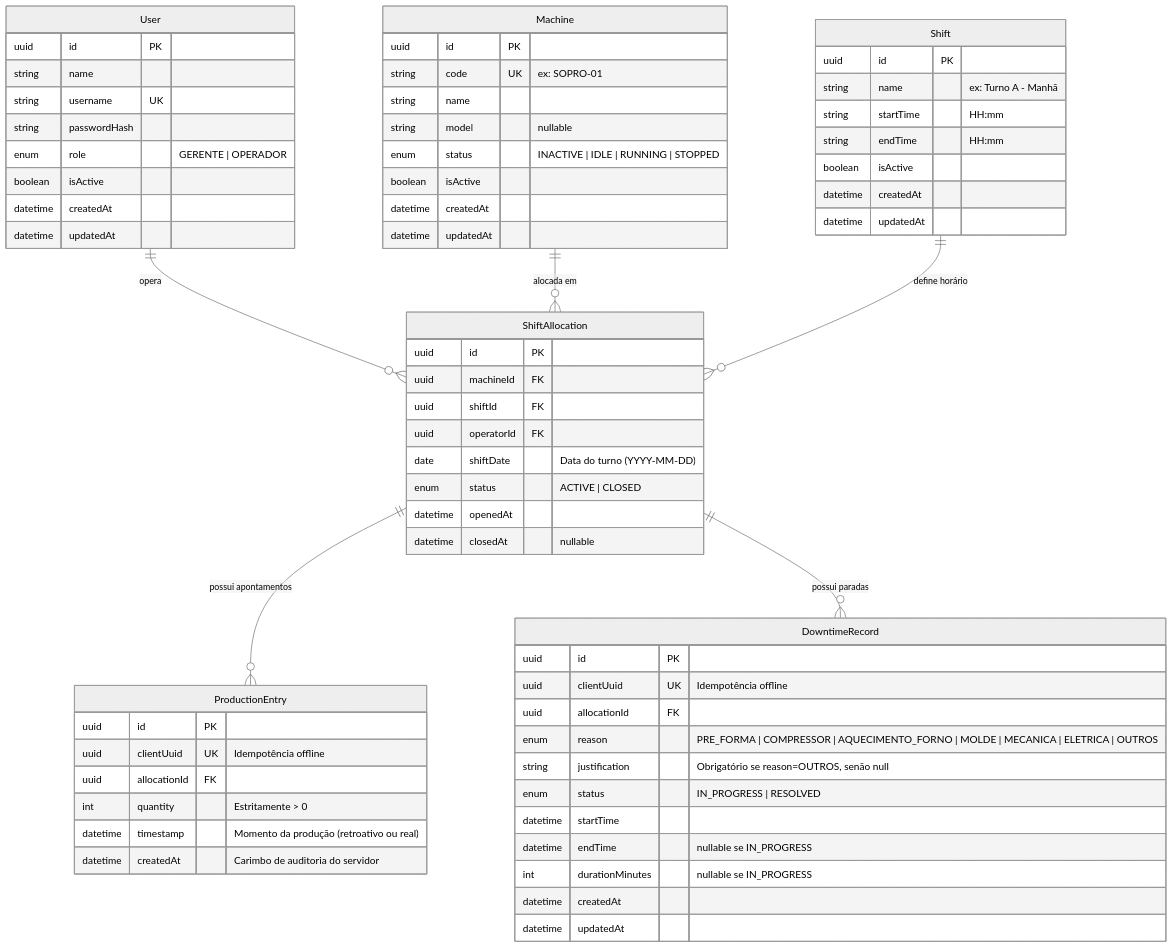
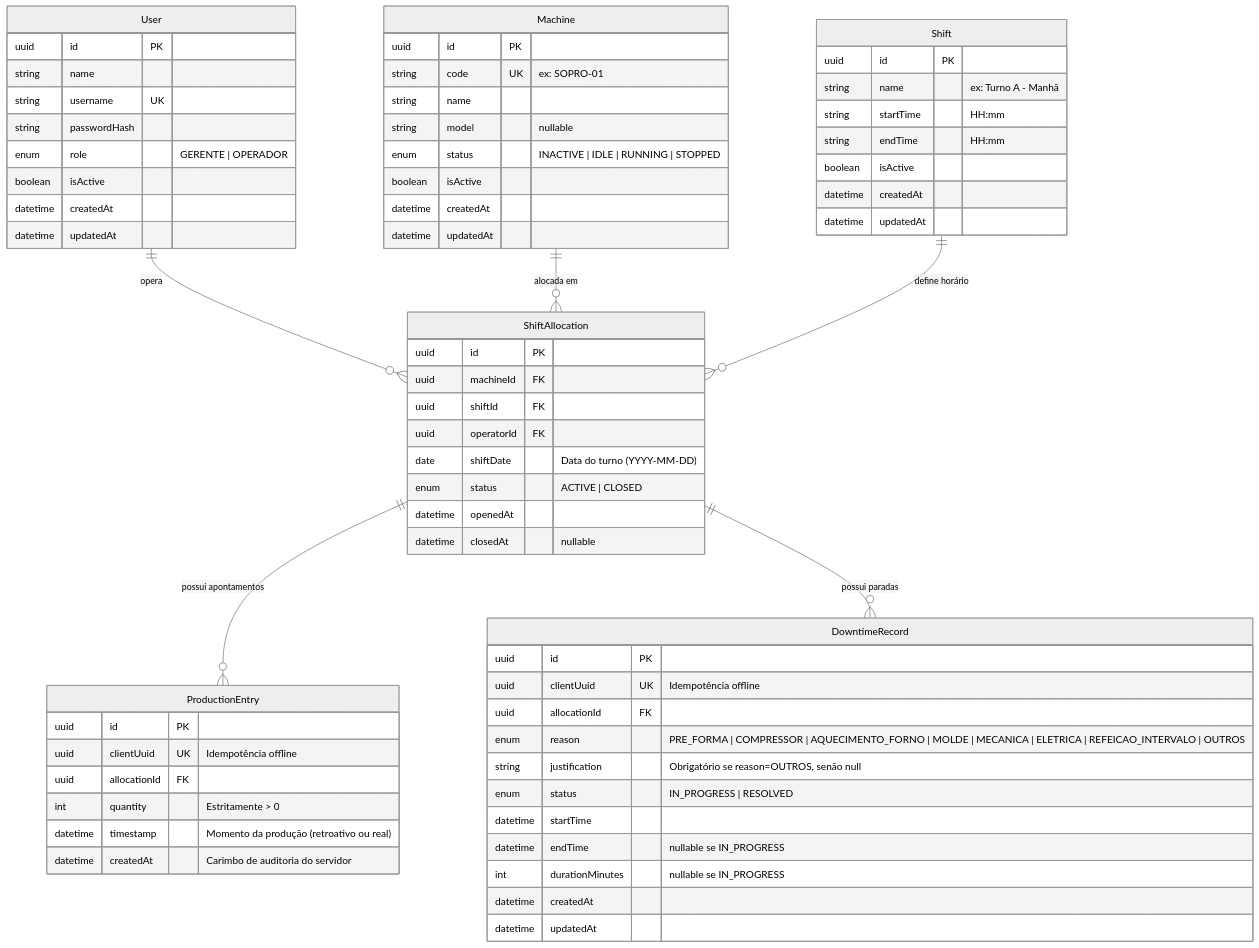
One commit to FerreitoDev/SGMS changed the diagram in docs/04-modelo-de-dados.md. Above: the diagram before and after it, drawn with Mermaid (neutral theme). The commit also changed other lines of this file and 8 other files, not shown here.

Commit message:
docs: update requirements, business rules, and implementation roadmaps for Phase 5 features

````diff
--- a/docs/04-modelo-de-dados.md
+++ b/docs/04-modelo-de-dados.md
@@ -8,74 +8,74 @@
 ```mermaid
 erDiagram
     User ||--o{ ShiftAllocation : "opera"
     Machine ||--o{ ShiftAllocation : "alocada em"
     Shift ||--o{ ShiftAllocation : "define horário"
     ShiftAllocation ||--o{ ProductionEntry : "possui apontamentos"
     ShiftAllocation ||--o{ DowntimeRecord : "possui paradas"
 
     User {
         uuid id PK
         string name
         string username UK
         string passwordHash
         enum role "GERENTE | OPERADOR"
         boolean isActive
         datetime createdAt
         datetime updatedAt
     }
 
     Machine {
         uuid id PK
         string code UK "ex: SOPRO-01"
         string name
         string model "nullable"
         enum status "INACTIVE | IDLE | RUNNING | STOPPED"
         boolean isActive
         datetime createdAt
         datetime updatedAt
     }
 
     Shift {
         uuid id PK
         string name "ex: Turno A - Manhã"
         string startTime "HH:mm"
         string endTime "HH:mm"
         boolean isActive
         datetime createdAt
         datetime updatedAt
     }
 
     ShiftAllocation {
         uuid id PK
         uuid machineId FK
         uuid shiftId FK
         uuid operatorId FK
         date shiftDate "Data do turno (YYYY-MM-DD)"
         enum status "ACTIVE | CLOSED"
         datetime openedAt
         datetime closedAt "nullable"
     }
 
     ProductionEntry {
         uuid id PK
         uuid clientUuid UK "Idempotência offline"
         uuid allocationId FK
         int quantity "Estritamente > 0"
         datetime timestamp "Momento da produção (retroativo ou real)"
         datetime createdAt "Carimbo de auditoria do servidor"
     }
 
     DowntimeRecord {
         uuid id PK
         uuid clientUuid UK "Idempotência offline"
         uuid allocationId FK
-        enum reason "PRE_FORMA | COMPRESSOR | AQUECIMENTO_FORNO | MOLDE | MECANICA | ELETRICA | OUTROS"
+        enum reason "PRE_FORMA | COMPRESSOR | AQUECIMENTO_FORNO | MOLDE | MECANICA | ELETRICA | REFEICAO_INTERVALO | OUTROS"
         string justification "Obrigatório se reason=OUTROS, senão null"
         enum status "IN_PROGRESS | RESOLVED"
         datetime startTime
         datetime endTime "nullable se IN_PROGRESS"
         int durationMinutes "nullable se IN_PROGRESS"
         datetime createdAt
         datetime updatedAt
     }
 ```
````
